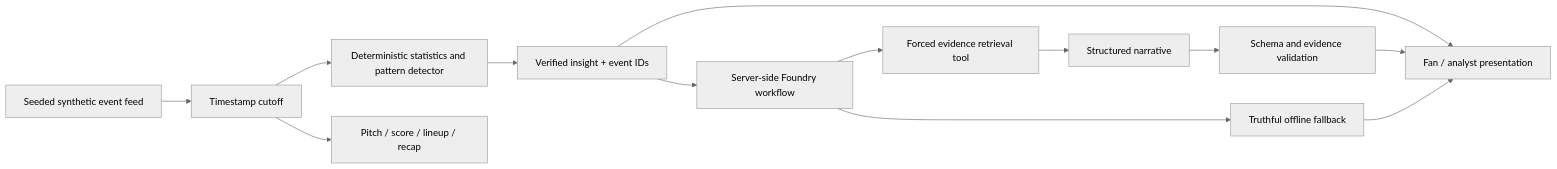
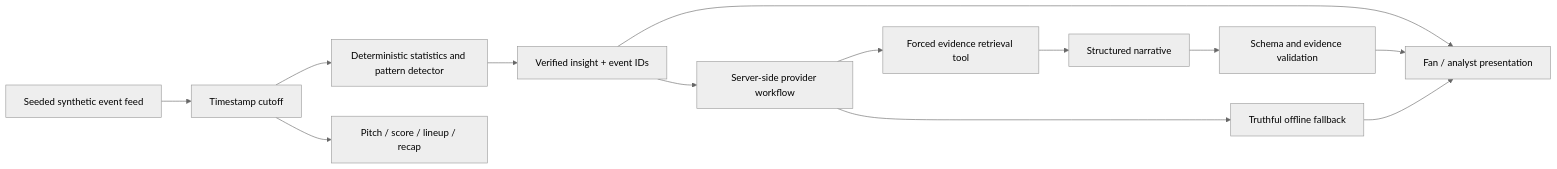
Before and after one commit to jbellamy16/second-look: the diagram in README.md, drawn with Mermaid (neutral theme). The commit also changed other lines of this file and 35 other files, not shown here.

````diff
--- a/README.md
+++ b/README.md
@@ -48,15 +50,15 @@
 ```mermaid
 flowchart LR
   A[Seeded synthetic event feed] --> B[Timestamp cutoff]
   B --> C[Deterministic statistics and pattern detector]
   B --> D[Pitch / score / lineup / recap]
   C --> E[Verified insight + event IDs]
   E --> F[Fan / analyst presentation]
-  E --> G[Server-side Foundry workflow]
+  E --> G[Server-side provider workflow]
   G --> H[Forced evidence retrieval tool]
   H --> I[Structured narrative]
   I --> J[Schema and evidence validation]
   J --> F
   G --> K[Truthful offline fallback]
   K --> F
 ```
````
